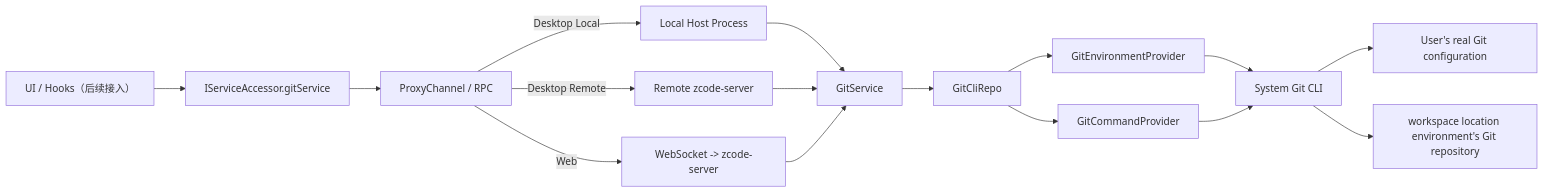
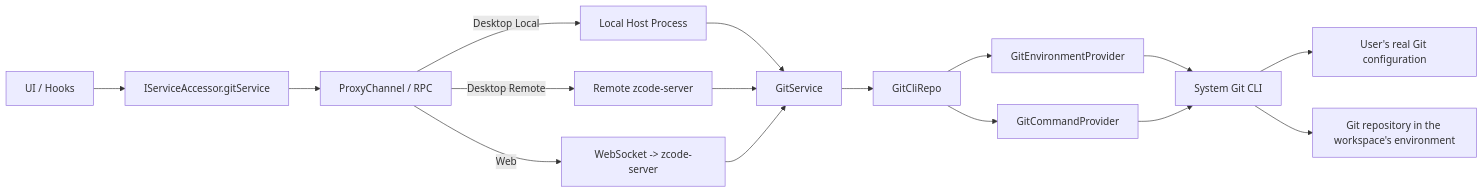
The diagram in docs/git/service-foundation.md (osben/ZCode), drawn with Mermaid before and after one commit. The commit also changed other lines of this file and 23 other files, not shown here.

````diff
--- a/docs/git/service-foundation.md
+++ b/docs/git/service-foundation.md
@@ -19,22 +15,22 @@
 ```mermaid
 flowchart LR
-  UI["UI / Hooks（后续接入）"] --> Accessor["IServiceAccessor.gitService"]
+  UI["UI / Hooks"] --> Accessor["IServiceAccessor.gitService"]
   Accessor --> RPC["ProxyChannel / RPC"]
 
   RPC -->|"Desktop Local"| Local["Local Host Process"]
   RPC -->|"Desktop Remote"| Remote["Remote zcode-server"]
   RPC -->|"Web"| Web["WebSocket -> zcode-server"]
 
   Local --> GitService["GitService"]
   Remote --> GitService
   Web --> GitService
 
   GitService --> Repo["GitCliRepo"]
   Repo --> Env["GitEnvironmentProvider"]
   Repo --> Cmd["GitCommandProvider"]
 
   Env --> GitCLI["System Git CLI"]
   Cmd --> GitCLI
   GitCLI --> GitConfig["User's real Git configuration"]
-  GitCLI --> WorkspaceRepo["workspace location environment's Git repository"]
+  GitCLI --> WorkspaceRepo["Git repository in the workspace's environment"]
 ```
````
